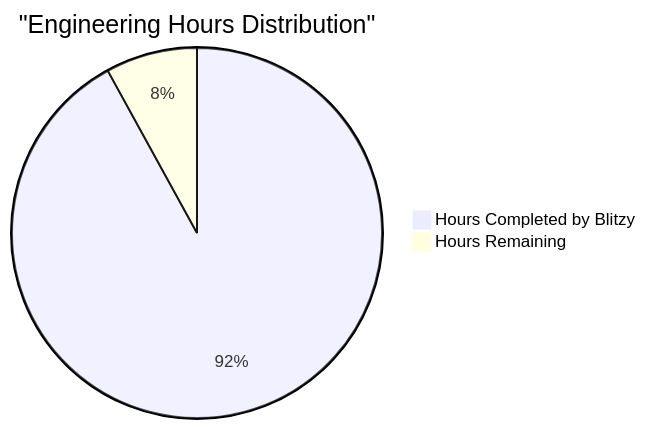
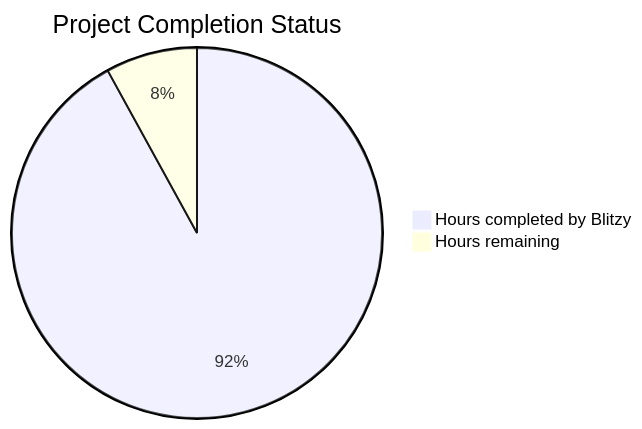
Before and after one commit to BhagyashreeBlitzy/ai-voice-call-rycqqy: the diagram in blitzy/documentation/Project Guide.md, drawn with Mermaid. The commit also changed other lines of this file, not shown here.

Commit message:
File: blitzy/documentation/Project Guide.md

````diff
--- a/blitzy/documentation/Project Guide.md
+++ b/blitzy/documentation/Project Guide.md
@@ -56,5 +9,5 @@
 ```mermaid
-pie title "Engineering Hours Distribution"
-    "Hours Completed by Blitzy" : 920
-    "Hours Remaining" : 80
+pie title Project Completion Status
+    "Hours completed by Blitzy" : 92
+    "Hours remaining" : 8
 ```
````
